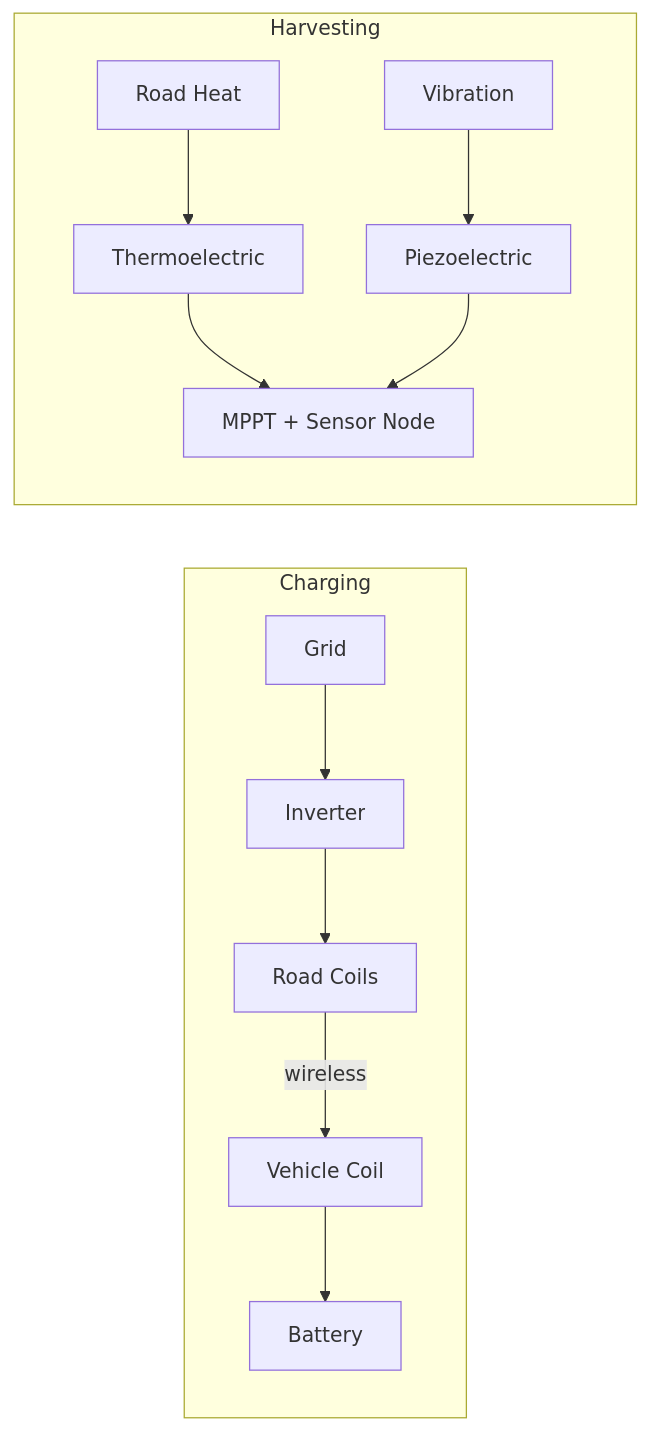
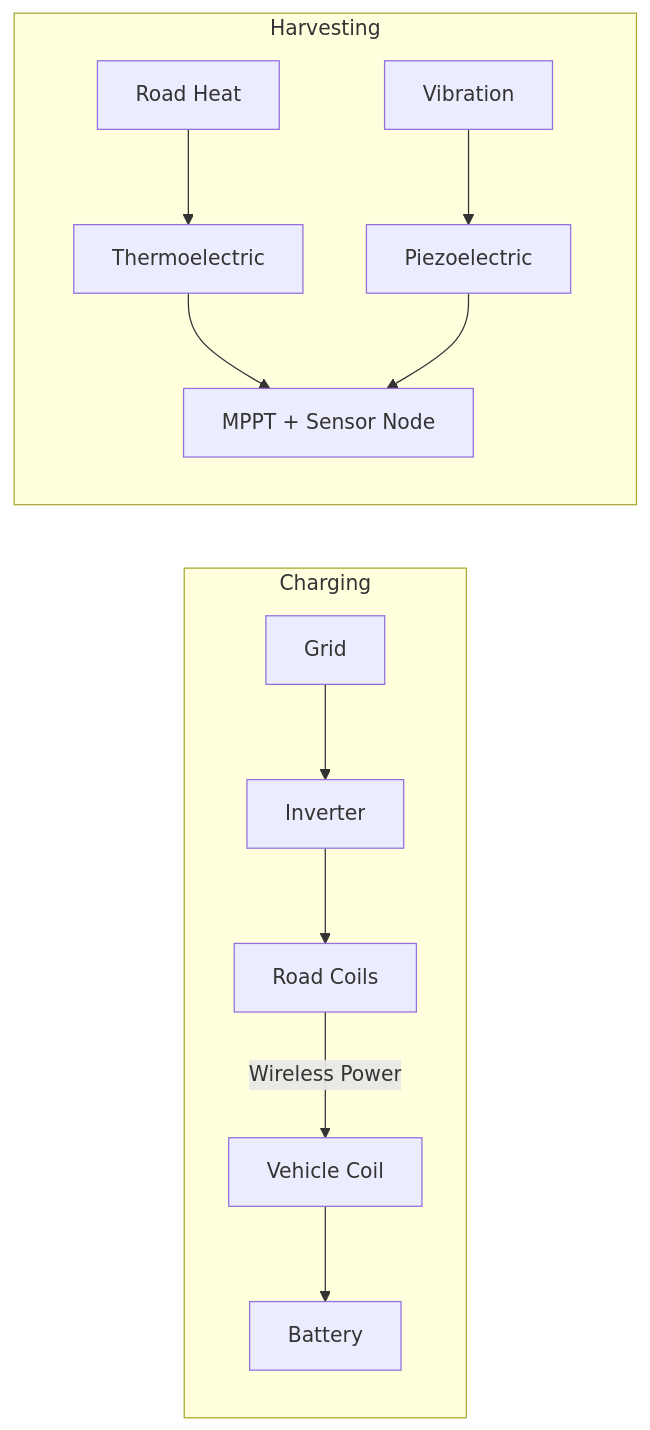
One commit to Zaheer-verse/zaheer-verse changed the first of 4 diagrams in README.md. Above: the diagram before and after it, drawn with Mermaid. The commit also changed other lines of this file, not shown here.

````diff
--- a/README.md
+++ b/README.md
@@ -81,13 +125,14 @@
 ```mermaid
 flowchart LR
     subgraph Charging
         A[Grid] --> B[Inverter] --> C[Road Coils]
-        C -->|wireless| D[Vehicle Coil] --> E[Battery]
+        C -->|Wireless Power| D[Vehicle Coil] --> E[Battery]
     end
+
     subgraph Harvesting
         F[Road Heat] --> G[Thermoelectric]
         H[Vibration] --> I[Piezoelectric]
         G --> J[MPPT + Sensor Node]
         I --> J
     end
 ```
````
